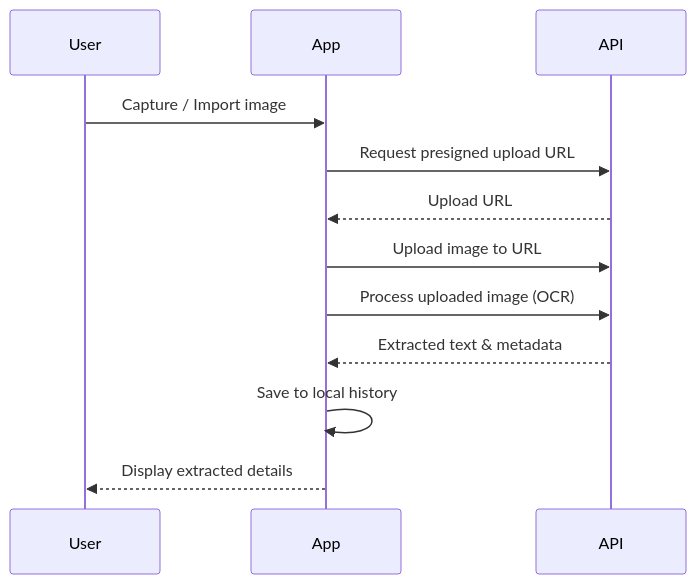
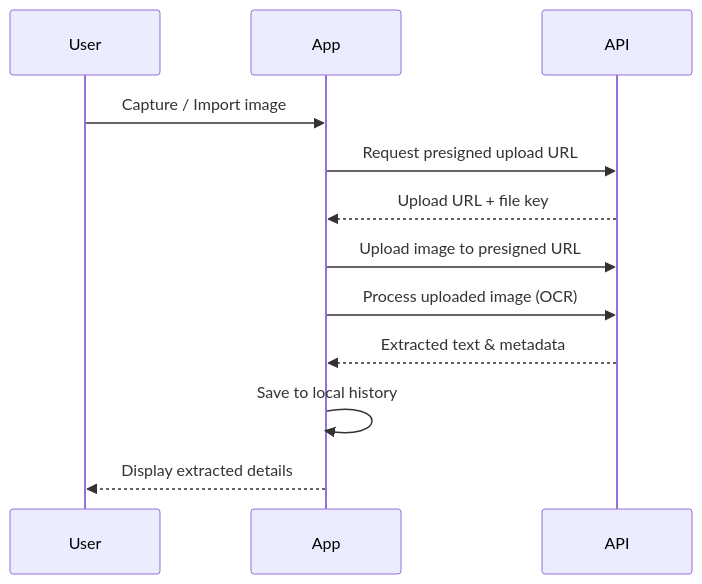
Before and after one commit to AbhiramVSA/intellipost: the second of 2 diagrams in README.md, drawn with Mermaid. The commit also changed other lines of this file, not shown here.

````diff
--- a/README.md
+++ b/README.md
@@ -60,15 +53,15 @@
 ```mermaid
 sequenceDiagram
     participant User
     participant App
     participant API
 
     User->>App: Capture / Import image
     App->>API: Request presigned upload URL
-    API-->>App: Upload URL
-    App->>API: Upload image to URL
+    API-->>App: Upload URL + file key
+    App->>API: Upload image to presigned URL
     App->>API: Process uploaded image (OCR)
     API-->>App: Extracted text & metadata
     App->>App: Save to local history
     App-->>User: Display extracted details
 ```
````
